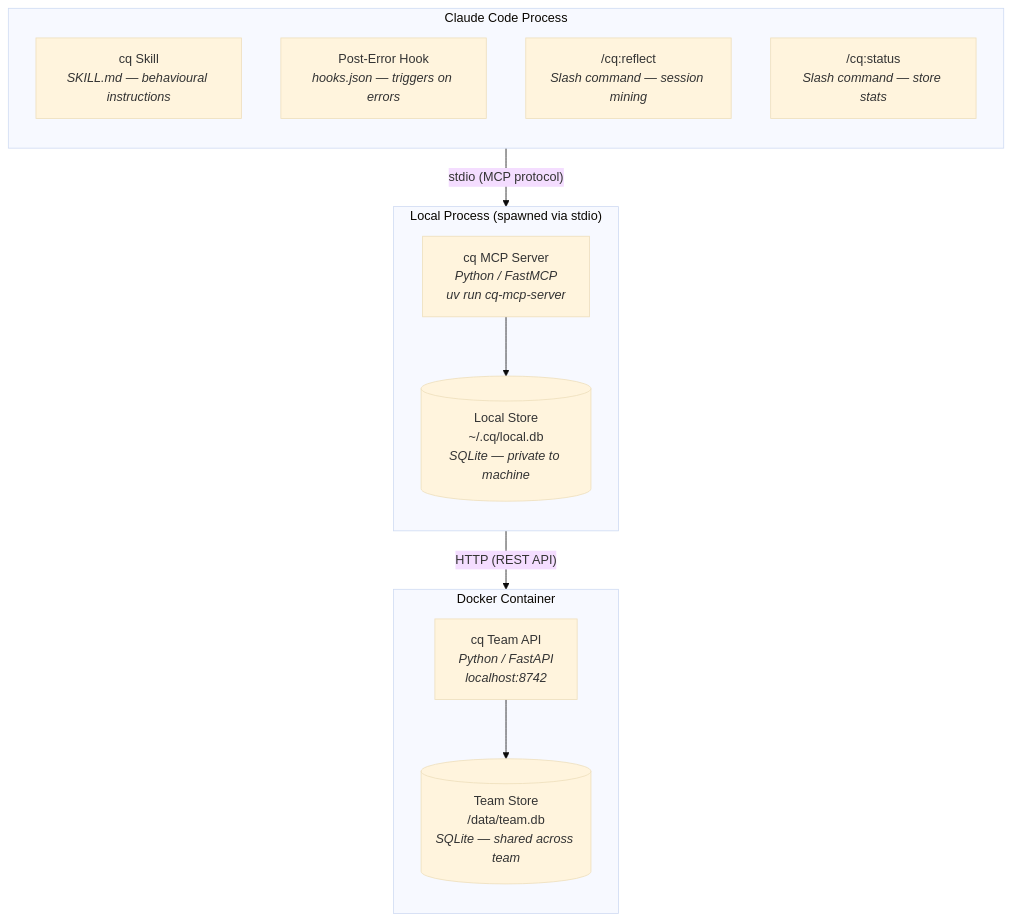
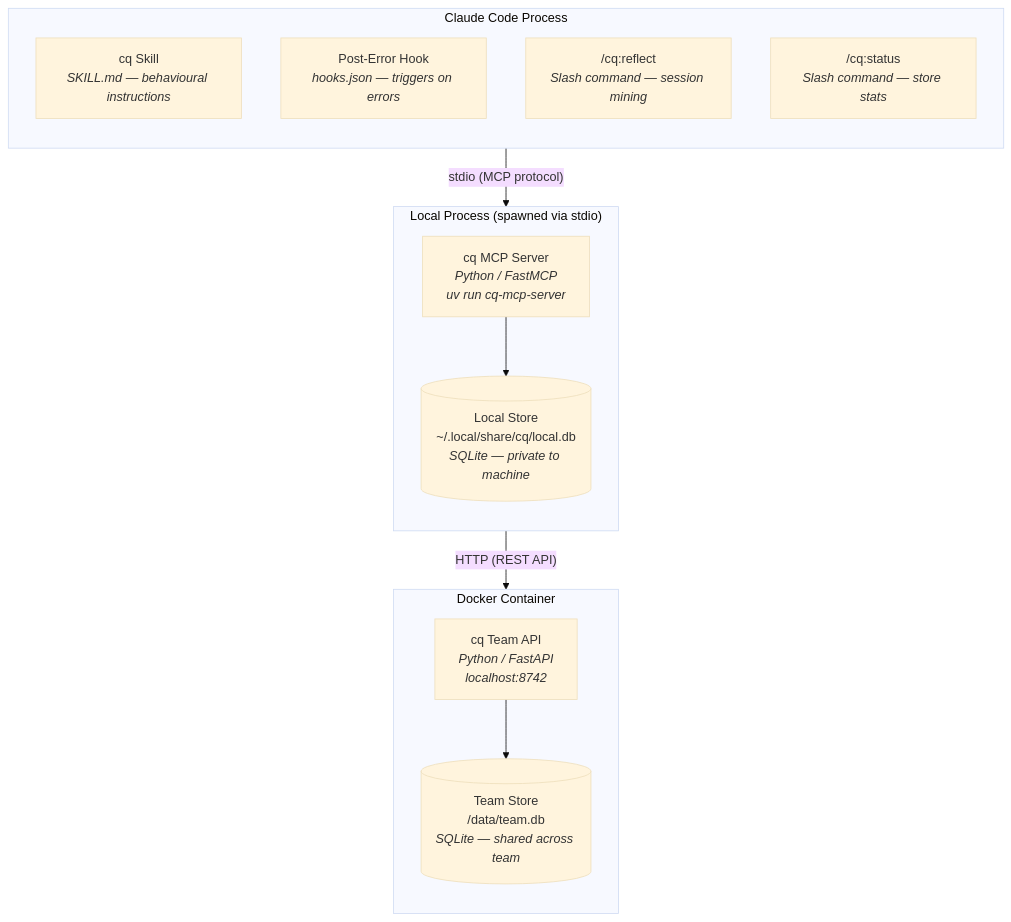
One commit to mozilla-ai/cq changed the first of 2 diagrams in docs/plans/2026-03-04-craic-mvp-poc-design.md. Above: the diagram before and after it, drawn with Mermaid (base theme). The commit also changed 6 other files, not shown here.

````diff
--- a/docs/plans/2026-03-04-craic-mvp-poc-design.md
+++ b/docs/plans/2026-03-04-craic-mvp-poc-design.md
@@ -21,27 +21,27 @@
 ```mermaid
 flowchart TB
     subgraph cc["Claude Code Process"]
         direction TB
         skill["cq Skill<br/><i>SKILL.md — behavioural instructions</i>"]
         hook["Post-Error Hook<br/><i>hooks.json — triggers on errors</i>"]
         reflect_cmd["/cq:reflect<br/><i>Slash command — session mining</i>"]
         status_cmd["/cq:status<br/><i>Slash command — store stats</i>"]
     end
 
     subgraph mcp["Local Process (spawned via stdio)"]
         direction TB
         server["cq MCP Server<br/><i>Python / FastMCP</i><br/><i>uv run cq-mcp-server</i>"]
-        local_db[("Local Store<br/>~/.cq/local.db<br/><i>SQLite — private to machine</i>")]
+        local_db[("Local Store<br/>~/.local/share/cq/local.db<br/><i>SQLite — private to machine</i>")]
         server --> local_db
     end
 
     subgraph docker["Docker Container"]
         direction TB
         api["cq Team API<br/><i>Python / FastAPI</i><br/><i>localhost:8742</i>"]
         team_db[("Team Store<br/>/data/team.db<br/><i>SQLite — shared across team</i>")]
         api --> team_db
     end
 
     cc -->|"stdio (MCP protocol)"| mcp
     mcp -->|"HTTP (REST API)"| docker
 ```
````
